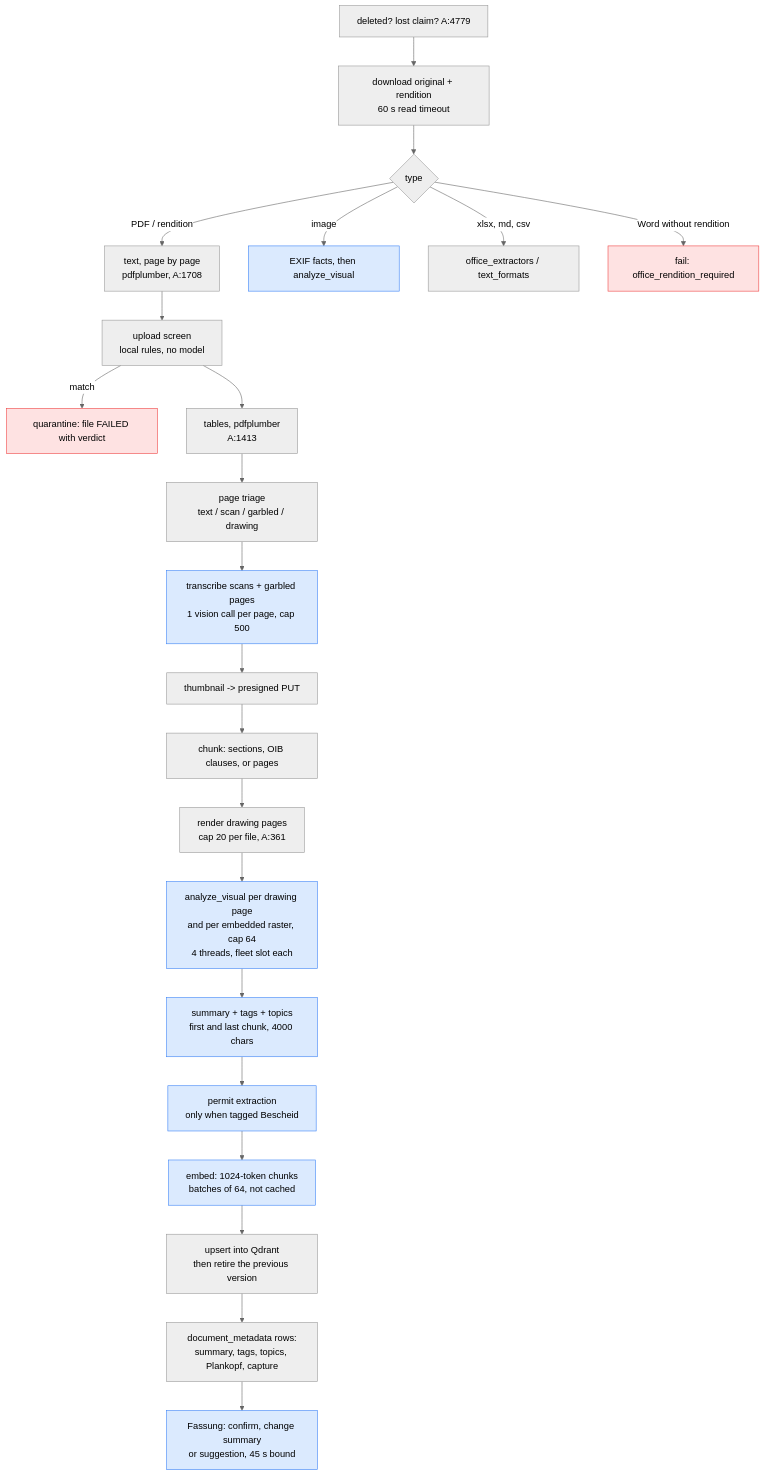
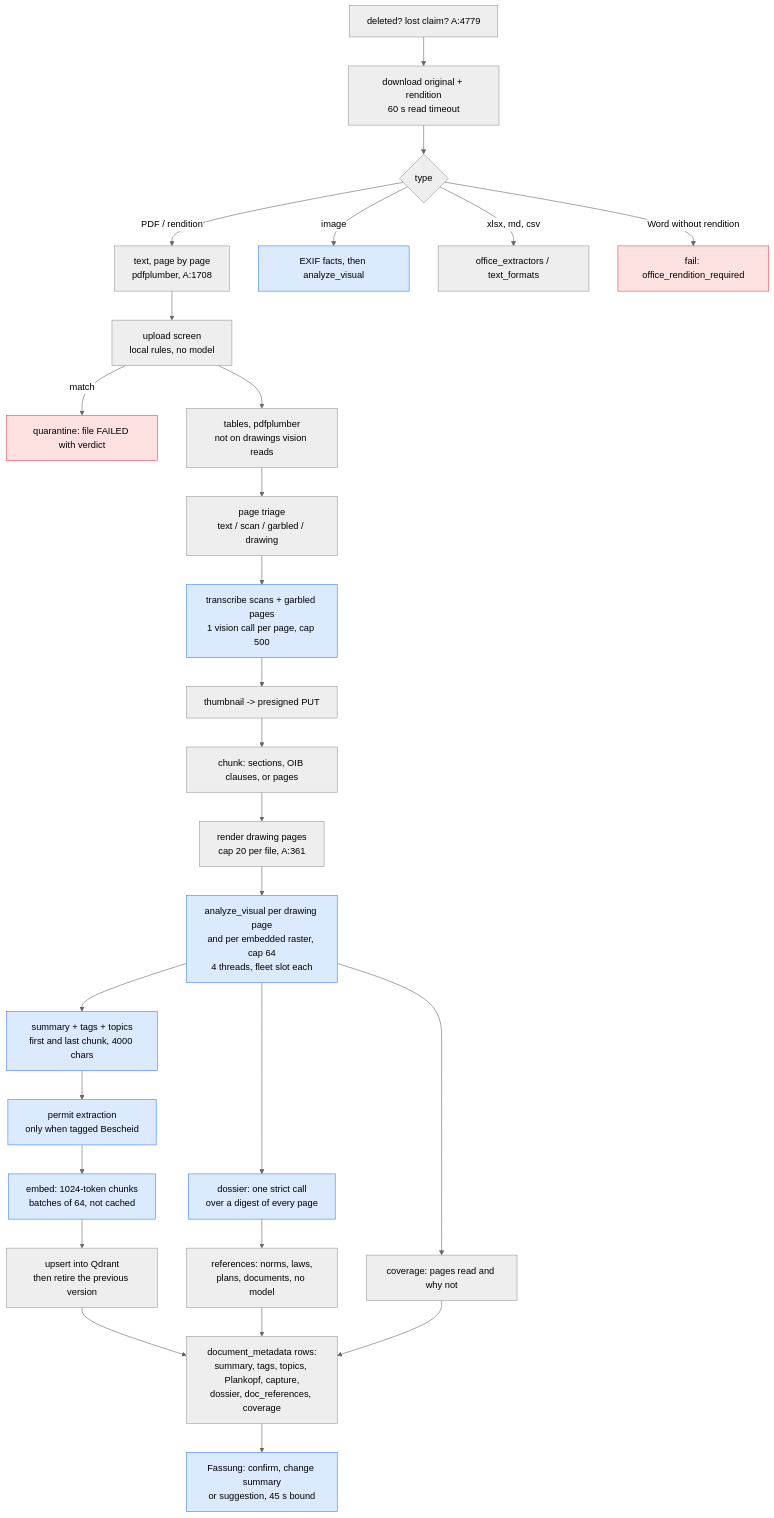
Before and after one commit to GRID-check/archos: the third of 6 diagrams in docs/architecture/ingestion-pipeline.md, drawn with Mermaid (neutral theme). The commit also changed other lines of this file and 8 other files, not shown here.

First line of the commit message:
feat(observability): one Langfuse trace per ingested file, its model calls nested under it

````diff
--- a/docs/architecture/ingestion-pipeline.md
+++ b/docs/architecture/ingestion-pipeline.md
@@ -113,28 +113,33 @@
 ```mermaid
 flowchart TB
   classDef cpu fill:#eee,stroke:#999,color:#000
   classDef model fill:#dbeafe,stroke:#3b82f6,color:#000
   classDef stop fill:#fee2e2,stroke:#ef4444,color:#000
 
   G[deleted? lost claim? A:4779]:::cpu --> DL[download original + rendition<br/>60 s read timeout]:::cpu
   DL --> TY{type}
   TY -- PDF / rendition --> TX[text, page by page<br/>pdfplumber, A:1708]:::cpu
   TY -- image --> EX[EXIF facts, then analyze_visual]:::model
   TY -- xlsx, md, csv --> OX[office_extractors / text_formats]:::cpu
   TY -- Word without rendition --> F1[fail: office_rendition_required]:::stop
   TX --> SC[upload screen<br/>local rules, no model]:::cpu
   SC -- match --> QU[quarantine: file FAILED with verdict]:::stop
-  SC --> TB[tables, pdfplumber<br/>A:1413]:::cpu
+  SC --> TB[tables, pdfplumber<br/>not on drawings vision reads]:::cpu
   TB --> TR[page triage<br/>text / scan / garbled / drawing]:::cpu
   TR --> OCR[transcribe scans + garbled pages<br/>1 vision call per page, cap 500]:::model
   OCR --> TH[thumbnail -> presigned PUT]:::cpu
   TH --> CH[chunk: sections, OIB clauses, or pages]:::cpu
   CH --> RD[render drawing pages<br/>cap 20 per file, A:361]:::cpu
   RD --> VI[analyze_visual per drawing page<br/>and per embedded raster, cap 64<br/>4 threads, fleet slot each]:::model
   VI --> SUM[summary + tags + topics<br/>first and last chunk, 4000 chars]:::model
+  VI --> DS[dossier: one strict call<br/>over a digest of every page]:::model
+  VI --> CV[coverage: pages read and why not]:::cpu
   SUM --> PM[permit extraction<br/>only when tagged Bescheid]:::model
+  DS --> RF[references: norms, laws,<br/>plans, documents, no model]:::cpu
   PM --> EM[embed: 1024-token chunks<br/>batches of 64, not cached]:::model
   EM --> WR[upsert into Qdrant<br/>then retire the previous version]:::cpu
-  WR --> MD[document_metadata rows:<br/>summary, tags, topics, Plankopf, capture]:::cpu
+  WR --> MD[document_metadata rows:<br/>summary, tags, topics, Plankopf, capture,<br/>dossier, doc_references, coverage]:::cpu
+  RF --> MD
+  CV --> MD
   MD --> FA[Fassung: confirm, change summary<br/>or suggestion, 45 s bound]:::model
 ```
````
